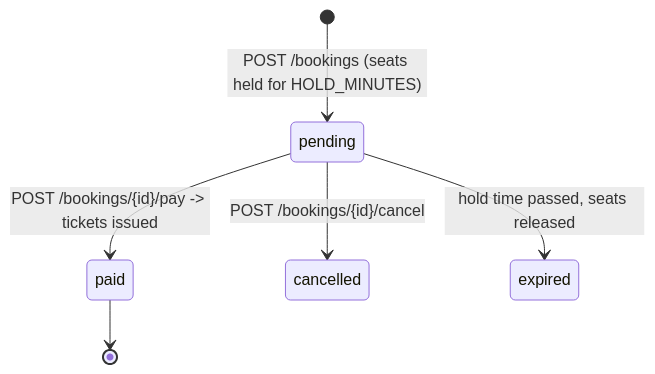
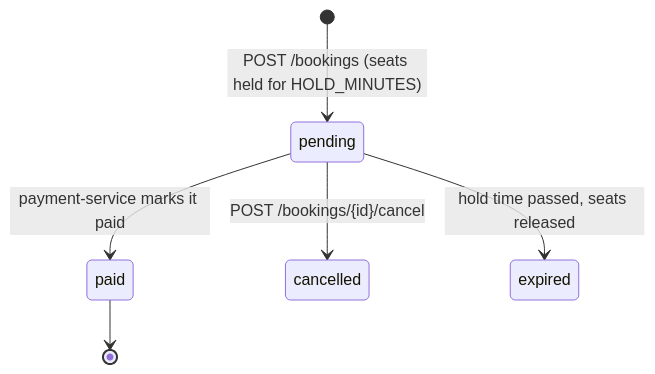
Before and after one commit to RealElbek/devops: the fifth of 5 diagrams in docs/architecture.md, drawn with Mermaid. The commit also changed other lines of this file and 62 other files, not shown here.

````diff
--- a/docs/architecture.md
+++ b/docs/architecture.md
@@ -45,8 +119,8 @@
 ```mermaid
 stateDiagram-v2
     [*] --> pending: POST /bookings (seats held for HOLD_MINUTES)
-    pending --> paid: POST /bookings/{id}/pay -> tickets issued
+    pending --> paid: payment-service marks it paid
     pending --> cancelled: POST /bookings/{id}/cancel
     pending --> expired: hold time passed, seats released
     paid --> [*]
 ```
````
